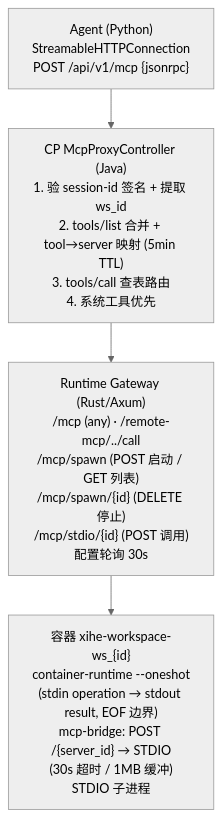
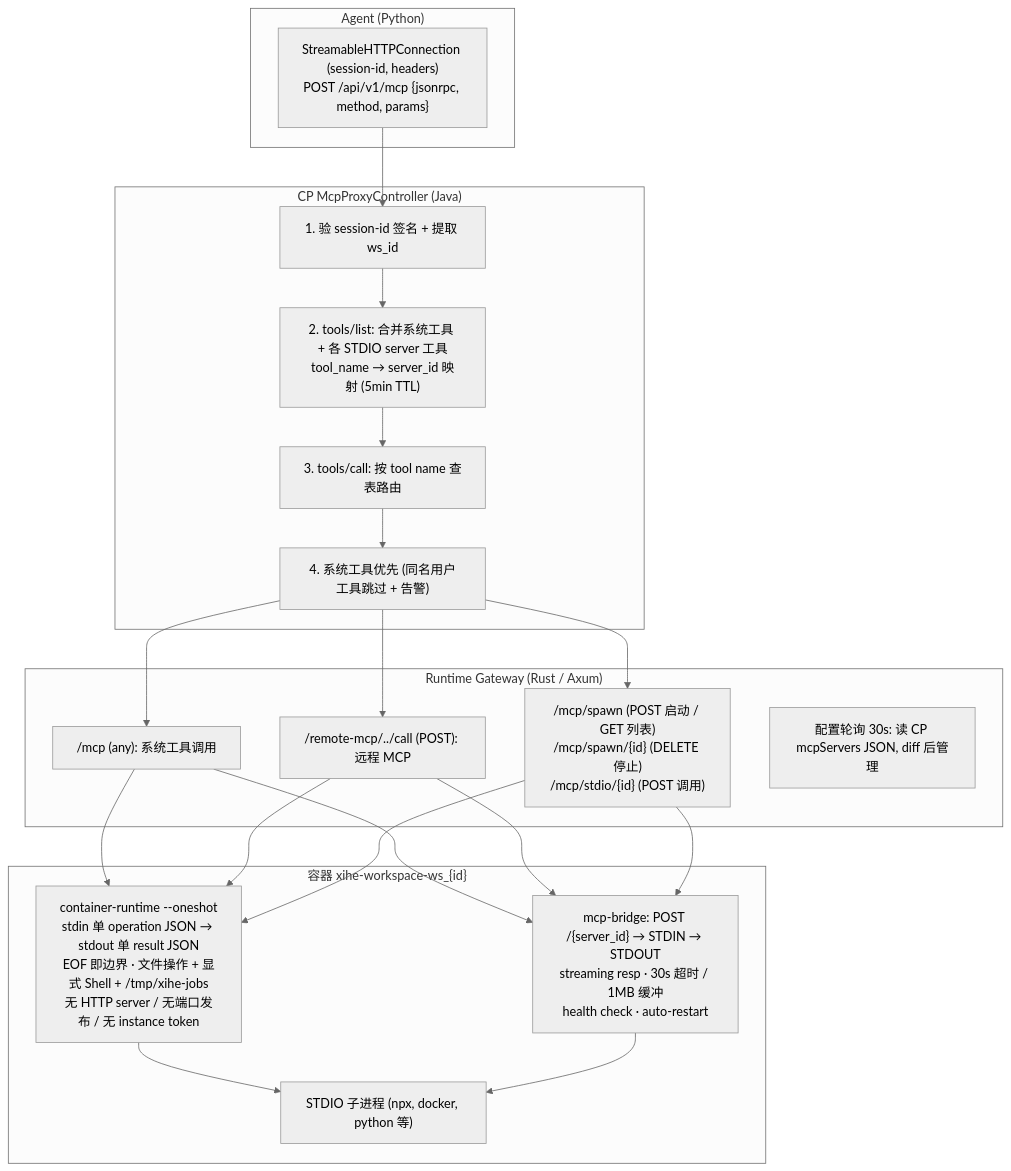
The first of 3 diagrams in docs/i18n/zh-Hans/DEV-016-mcp-architecture.md (cc01cc/xihe-project), drawn with Mermaid before and after one commit. The commit also changed 2 other files, not shown here.

Commit message:
docs(xihe): 图选型纠偏（subgraph 全量对齐）

````diff
--- a/docs/i18n/zh-Hans/DEV-016-mcp-architecture.md
+++ b/docs/i18n/zh-Hans/DEV-016-mcp-architecture.md
@@ -27,9 +27,25 @@
 ```mermaid
 %%{init: {'theme': 'neutral'}}%%
 flowchart TD
-    AG["Agent (Python)<br/>StreamableHTTPConnection<br/>POST /api/v1/mcp {jsonrpc}"]
-    CP["CP McpProxyController (Java)<br/>1. 验 session-id 签名 + 提取 ws_id<br/>2. tools/list 合并 + tool→server 映射 (5min TTL)<br/>3. tools/call 查表路由<br/>4. 系统工具优先"]
-    GW["Runtime Gateway (Rust/Axum)<br/>/mcp (any) · /remote-mcp/../call<br/>/mcp/spawn (POST 启动 / GET 列表)<br/>/mcp/spawn/{id} (DELETE 停止)<br/>/mcp/stdio/{id} (POST 调用)<br/>配置轮询 30s"]
-    SB["容器 xihe-workspace-ws_{id}<br/>container-runtime --oneshot<br/>(stdin operation → stdout result, EOF 边界)<br/>mcp-bridge: POST /{server_id} → STDIO<br/>(30s 超时 / 1MB 缓冲)<br/>STDIO 子进程"]
-    AG --> CP --> GW --> SB
+    subgraph AG["Agent (Python)"]
+        A1["StreamableHTTPConnection (session-id, headers)<br/>POST /api/v1/mcp {jsonrpc, method, params}"]
+    end
+    subgraph CP["CP McpProxyController (Java)"]
+        C1["1. 验 session-id 签名 + 提取 ws_id"]
+        C2["2. tools/list: 合并系统工具 + 各 STDIO server 工具<br/>tool_name → server_id 映射 (5min TTL)"]
+        C3["3. tools/call: 按 tool name 查表路由"]
+        C4["4. 系统工具优先 (同名用户工具跳过 + 告警)"]
+    end
+    subgraph GW["Runtime Gateway (Rust / Axum)"]
+        G1["/mcp (any): 系统工具调用"]
+        G2["/remote-mcp/../call (POST): 远程 MCP"]
+        G3["/mcp/spawn (POST 启动 / GET 列表)<br/>/mcp/spawn/{id} (DELETE 停止)<br/>/mcp/stdio/{id} (POST 调用)"]
+        G4["配置轮询 30s: 读 CP mcpServers JSON, diff 后管理"]
+    end
+    subgraph SB["容器 xihe-workspace-ws_{id}"]
+        S1["container-runtime --oneshot<br/>stdin 单 operation JSON → stdout 单 result JSON<br/>EOF 即边界 · 文件操作 + 显式 Shell + /tmp/xihe-jobs<br/>无 HTTP server / 无端口发布 / 无 instance token"]
+        S2["mcp-bridge: POST /{server_id} → STDIN → STDOUT<br/>streaming resp · 30s 超时 / 1MB 缓冲<br/>health check · auto-restart"]
+        S3["STDIO 子进程 (npx, docker, python 等)"]
+    end
+    A1 --> C1 --> C2 --> C3 --> C4 --> G1 & G2 & G3 --> S1 & S2 --> S3
 ```
````
